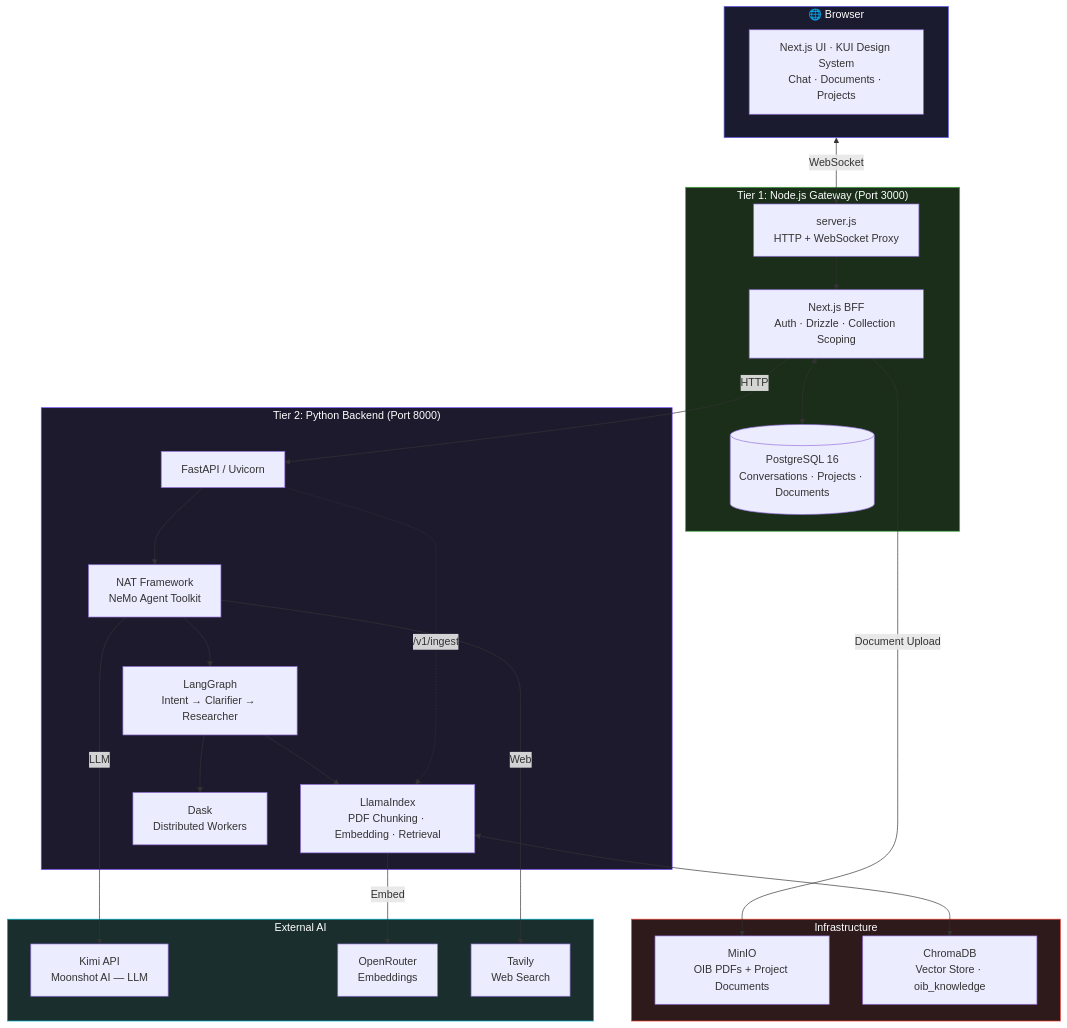
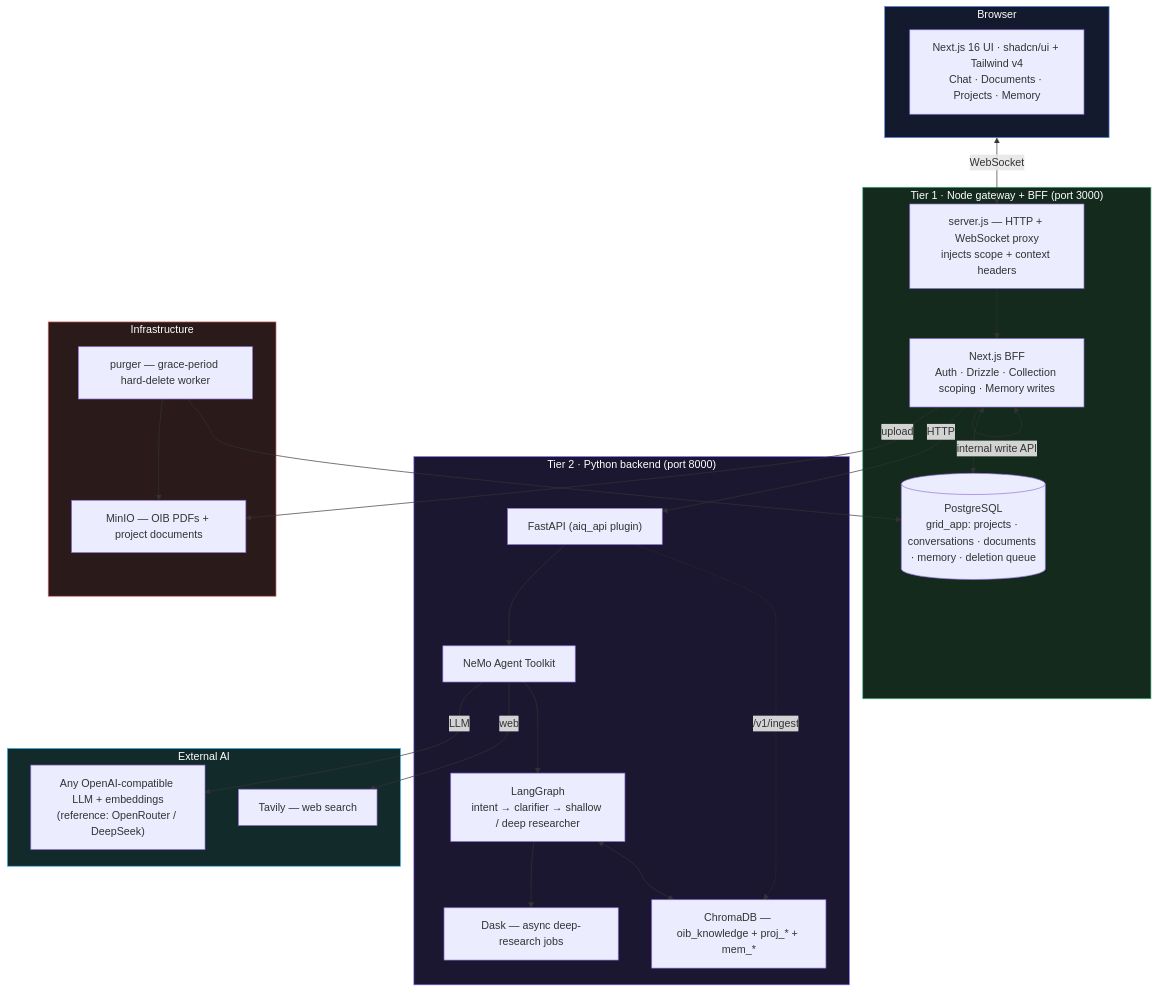
One commit to GRID-check/grid-oib-agent changed the diagram in README.md. Above: the diagram before and after it, drawn with Mermaid. The commit also changed other lines of this file and 1 other file, not shown here.

First line of the commit message:
docs(readme): rewrite README to current reality; emphasize LLM-agnostic

````diff
--- a/README.md
+++ b/README.md
@@ -46,52 +46,50 @@
 ```mermaid
 flowchart TB
-    subgraph Browser["🌐 Browser"]
-        UI["Next.js UI · KUI Design System<br/>Chat · Documents · Projects"]
+    subgraph Browser["Browser"]
+        UI["Next.js 16 UI · shadcn/ui + Tailwind v4<br/>Chat · Documents · Projects · Memory"]
     end
 
-    subgraph Gateway["Tier 1: Node.js Gateway (Port 3000)"]
-        GW["server.js<br/>HTTP + WebSocket Proxy"]
-        BFF["Next.js BFF<br/>Auth · Drizzle · Collection Scoping"]
-        DB[(PostgreSQL 16<br/>Conversations · Projects · Documents)]
+    subgraph Gateway["Tier 1 · Node gateway + BFF (port 3000)"]
+        GW["server.js — HTTP + WebSocket proxy<br/>injects scope + context headers"]
+        BFF["Next.js BFF<br/>Auth · Drizzle · Collection scoping · Memory writes"]
+        DB[(PostgreSQL<br/>grid_app: projects · conversations · documents · memory · deletion queue)]
     end
 
-    subgraph Backend["Tier 2: Python Backend (Port 8000)"]
-        FAST["FastAPI / Uvicorn"]
-        NAT["NAT Framework<br/>NeMo Agent Toolkit"]
-        LG["LangGraph<br/>Intent → Clarifier → Researcher"]
-        LI["LlamaIndex<br/>PDF Chunking · Embedding · Retrieval"]
-        DASK["Dask<br/>Distributed Workers"]
+    subgraph Backend["Tier 2 · Python backend (port 8000)"]
+        FAST["FastAPI (aiq_api plugin)"]
+        NAT["NeMo Agent Toolkit"]
+        LG["LangGraph<br/>intent → clarifier → shallow / deep researcher"]
+        DASK["Dask — async deep-research jobs"]
+        CHROMA["ChromaDB — oib_knowledge + proj_* + mem_*"]
     end
 
     subgraph Storage["Infrastructure"]
-        MINIO["MinIO<br/>OIB PDFs + Project Documents"]
-        CHROMA["ChromaDB<br/>Vector Store · oib_knowledge"]
+        MINIO["MinIO — OIB PDFs + project documents"]
+        PURGER["purger — grace-period hard-delete worker"]
     end
 
     subgraph External["External AI"]
-        KIMI["Kimi API<br/>Moonshot AI — LLM"]
-        OR["OpenRouter<br/>Embeddings"]
-        TAVILY["Tavily<br/>Web Search"]
+        OR["Any OpenAI-compatible LLM + embeddings<br/>(reference: OpenRouter / DeepSeek)"]
+        TAVILY["Tavily — web search"]
     end
 
     Browser <-->|WebSocket| GW
     GW --> BFF
     BFF <--> DB
     BFF -->|HTTP| FAST
-    FAST --> NAT
-    NAT --> LG
-    LG --> DASK
-    LG --> LI
-    LI <--> CHROMA
-    BFF --->|Document Upload| MINIO
-    FAST -.->|/v1/ingest| LI
-    NAT -->|LLM| KIMI
-    NAT -->|Web| TAVILY
-    LI -->|Embed| OR
+    BFF -->|internal write API| BFF
+    FAST --> NAT --> LG --> DASK
+    LG <--> CHROMA
+    BFF -->|upload| MINIO
+    FAST -.->|/v1/ingest| CHROMA
+    PURGER --> DB
+    PURGER --> MINIO
+    NAT -->|LLM| OR
+    NAT -->|web| TAVILY
 
-    style Browser fill:#1a1b2e,stroke:#6c63ff,color:#fff
-    style Gateway fill:#1a2e1a,stroke:#4caf50,color:#fff
-    style Backend fill:#1e1a2e,stroke:#7c4dff,color:#fff
-    style Storage fill:#2e1a1a,stroke:#f44336,color:#fff
-    style External fill:#1a2e2e,stroke:#00bcd4,color:#fff
+    style Browser fill:#141a2e,stroke:#5b8def,color:#fff
+    style Gateway fill:#132a1d,stroke:#3fb27f,color:#fff
+    style Backend fill:#1b1730,stroke:#8a6cff,color:#fff
+    style Storage fill:#2a1a1a,stroke:#e0685b,color:#fff
+    style External fill:#132a2a,stroke:#38bdf8,color:#fff
 ```
````
